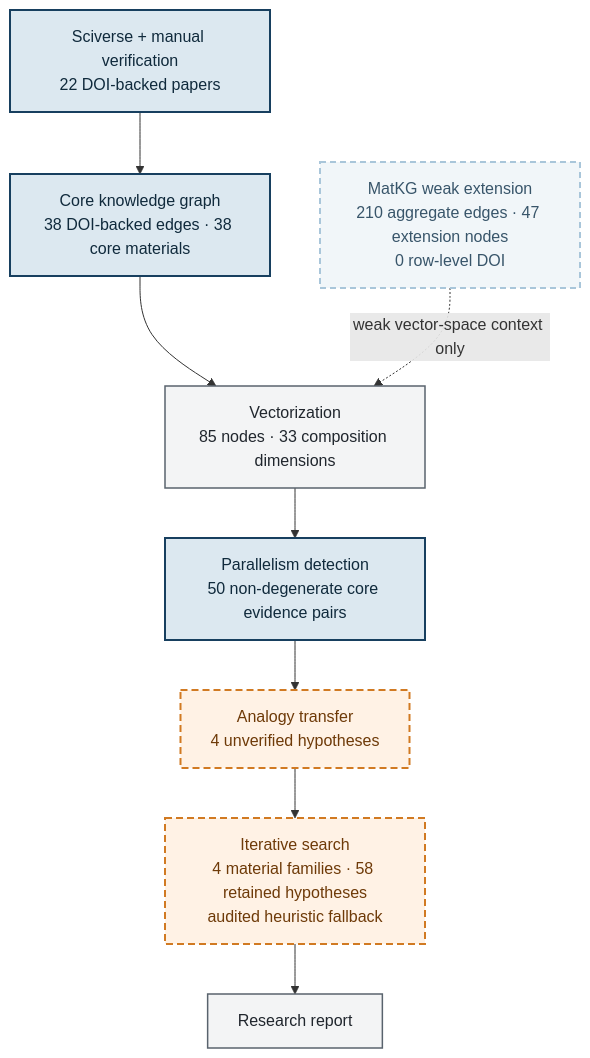
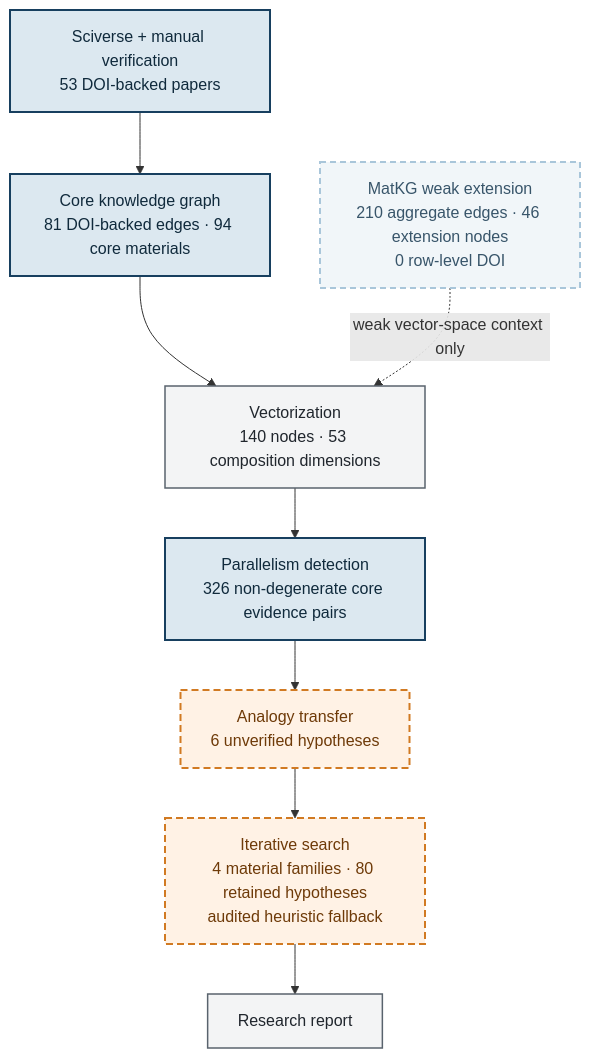
Before and after one commit to Dalaoyuan2020/goai-material-literature-agent: the diagram in outputs/visualizations/01_pipeline_flow.md, drawn with Mermaid. The commit also changed 75 other files, not shown here.

Commit message:
feat: reconcile full evidence set and search contracts

````diff
--- a/outputs/visualizations/01_pipeline_flow.md
+++ b/outputs/visualizations/01_pipeline_flow.md
@@ -3,21 +3,21 @@
 ```mermaid
 flowchart TD
-    A["Sciverse + manual verification<br/>22 DOI-backed papers"]:::core
-    B["Core knowledge graph<br/>38 DOI-backed edges · 38 core materials"]:::core
-    C["MatKG weak extension<br/>210 aggregate edges · 47 extension nodes<br/>0 row-level DOI"]:::weak
-    D["Vectorization<br/>85 nodes · 33 composition dimensions"]:::method
-    E["Parallelism detection<br/>50 non-degenerate core evidence pairs"]:::core
-    F["Analogy transfer<br/>4 unverified hypotheses"]:::hypothesis
-    G["Iterative search<br/>4 material families · 58 retained hypotheses<br/>audited heuristic fallback"]:::hypothesis
+    A["Sciverse + manual verification<br/>53 DOI-backed papers"]:::core
+    B["Core knowledge graph<br/>81 DOI-backed edges · 94 core materials"]:::core
+    C["MatKG weak extension<br/>210 aggregate edges · 46 extension nodes<br/>0 row-level DOI"]:::weak
+    D["Vectorization<br/>140 nodes · 53 composition dimensions"]:::method
+    E["Parallelism detection<br/>326 non-degenerate core evidence pairs"]:::core
+    F["Analogy transfer<br/>6 unverified hypotheses"]:::hypothesis
+    G["Iterative search<br/>4 material families · 80 retained hypotheses<br/>audited heuristic fallback"]:::hypothesis
     H["Research report"]:::method
 
     A --> B
     B --> D
     C -. "weak vector-space context only" .-> D
     D --> E --> F --> G --> H
 
     classDef core fill:#DCE8F0,stroke:#173F5F,stroke-width:2px,color:#102A3C;
     classDef weak fill:#F1F6F9,stroke:#A9C6DA,stroke-width:2px,stroke-dasharray:6 4,color:#38556A;
     classDef method fill:#F3F4F5,stroke:#59636D,stroke-width:1.5px,color:#20262D;
     classDef hypothesis fill:#FFF2E5,stroke:#D17A22,stroke-width:2px,stroke-dasharray:7 4,color:#6E3A08;
 ```
````
